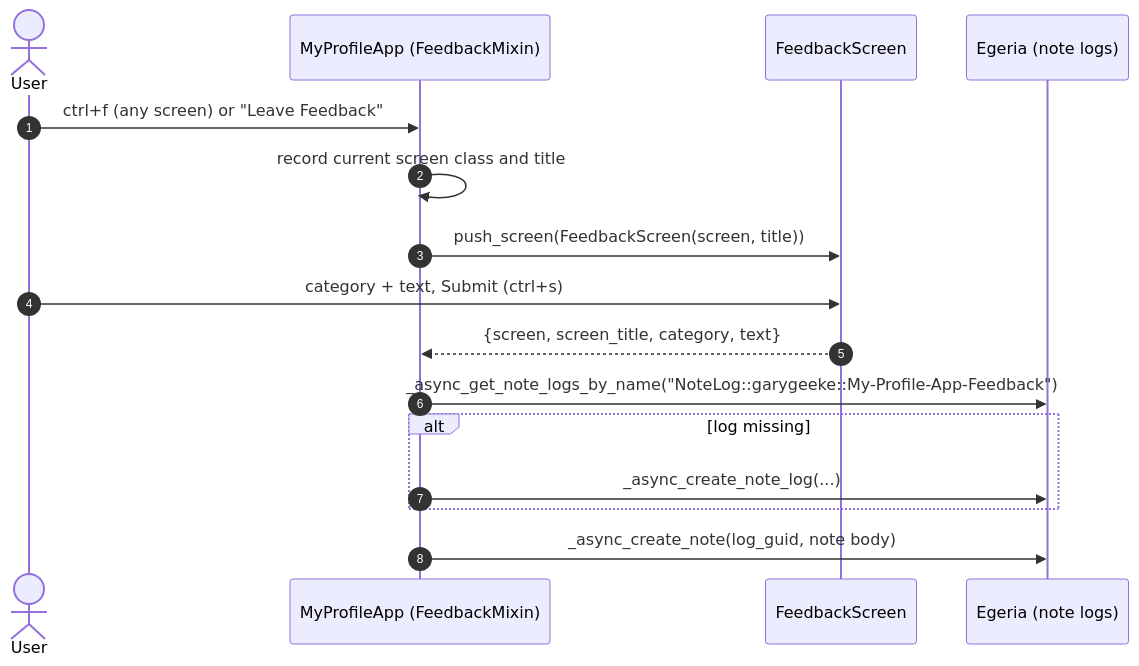
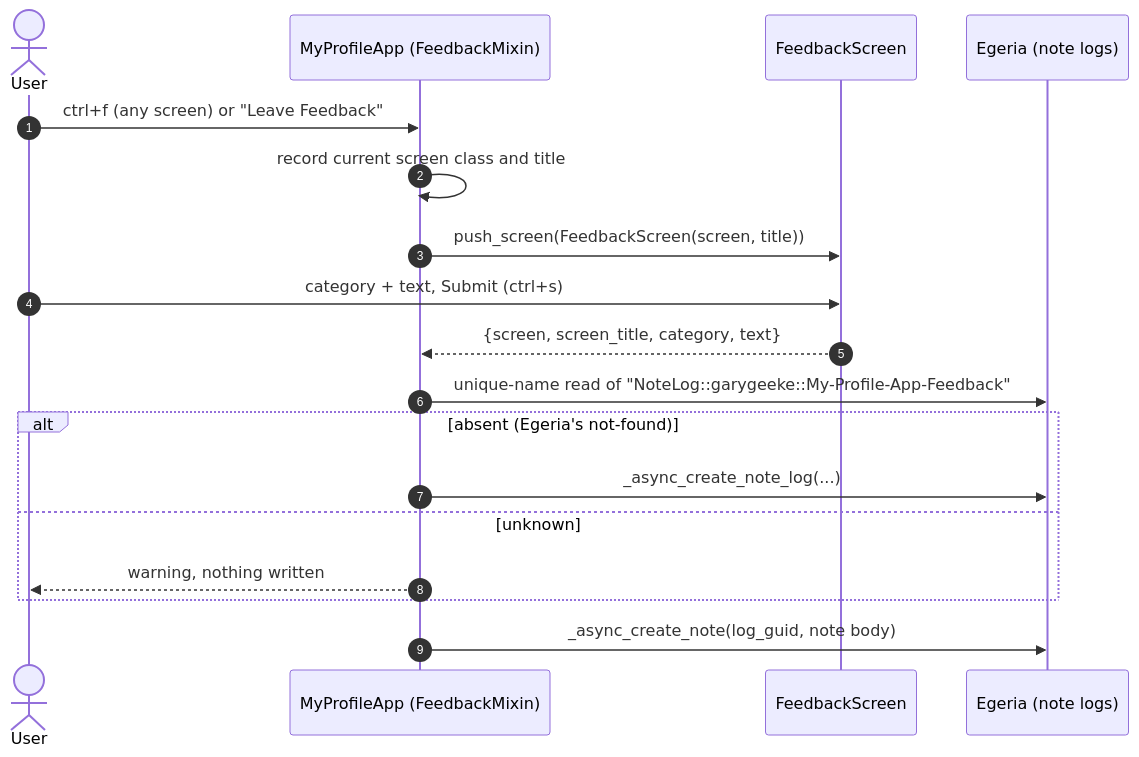
One commit to odpi/egeria-python changed the fifth of 10 diagrams in docs/My-Egeria-Doc.md. Above: the diagram before and after it, drawn with Mermaid. The commit also changed other lines of this file and 31 other files, not shown here.

First line of the commit message:
My Profile: work with communities directly (resources, join, feedback on posts/resources) + video production updates (#601)

````diff
--- a/docs/My-Egeria-Doc.md
+++ b/docs/My-Egeria-Doc.md
@@ -356,19 +373,21 @@
 ```mermaid
 sequenceDiagram
     autonumber
     actor User
     participant App as MyProfileApp (FeedbackMixin)
     participant FS as FeedbackScreen
     participant Egeria as Egeria (note logs)
 
     User->>App: ctrl+f (any screen) or "Leave Feedback"
     App->>App: record current screen class and title
     App->>FS: push_screen(FeedbackScreen(screen, title))
     User->>FS: category + text, Submit (ctrl+s)
     FS-->>App: {screen, screen_title, category, text}
-    App->>Egeria: _async_get_note_logs_by_name("NoteLog::garygeeke::My-Profile-App-Feedback")
-    alt log missing
+    App->>Egeria: unique-name read of "NoteLog::garygeeke::My-Profile-App-Feedback"
+    alt absent (Egeria's not-found)
         App->>Egeria: _async_create_note_log(...)
+    else unknown
+        App-->>User: warning, nothing written
     end
     App->>Egeria: _async_create_note(log_guid, note body)
 ```
````
